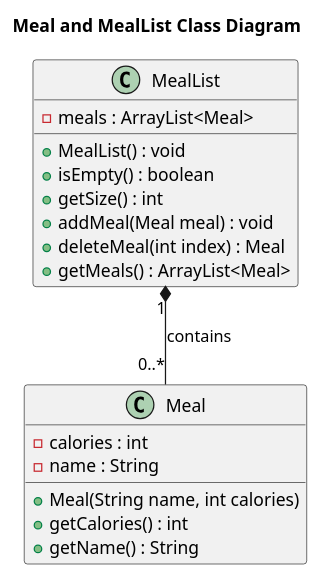
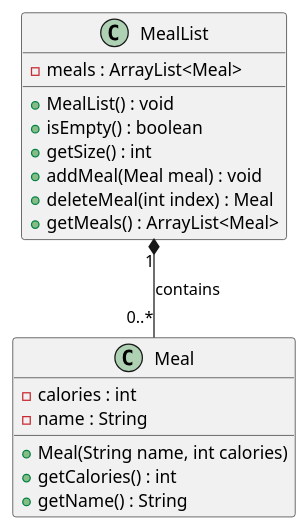
The diagram in docs/diagrams/mealAndMealListClassDiagram.puml (nus-cs2113-AY2425S1/tp), drawn with PlantUML before and after one commit. The commit also changed 4 other files, not shown here.

```diff
--- a/docs/diagrams/mealAndMealListClassDiagram.puml
+++ b/docs/diagrams/mealAndMealListClassDiagram.puml
@@ -1,24 +1,23 @@
 @startuml
-title Meal and MealList Class Diagram
 
 class Meal {
     - calories : int
     - name : String
     + Meal(String name, int calories)
     + getCalories() : int
     + getName() : String
 }
 
 class MealList {
     - meals : ArrayList<Meal>
     + MealList() : void
     + isEmpty() : boolean
     + getSize() : int
     + addMeal(Meal meal) : void
     + deleteMeal(int index) : Meal
     + getMeals() : ArrayList<Meal>
 }
 
 MealList "1" *-- "0..*" Meal : contains
 
 @enduml
```
